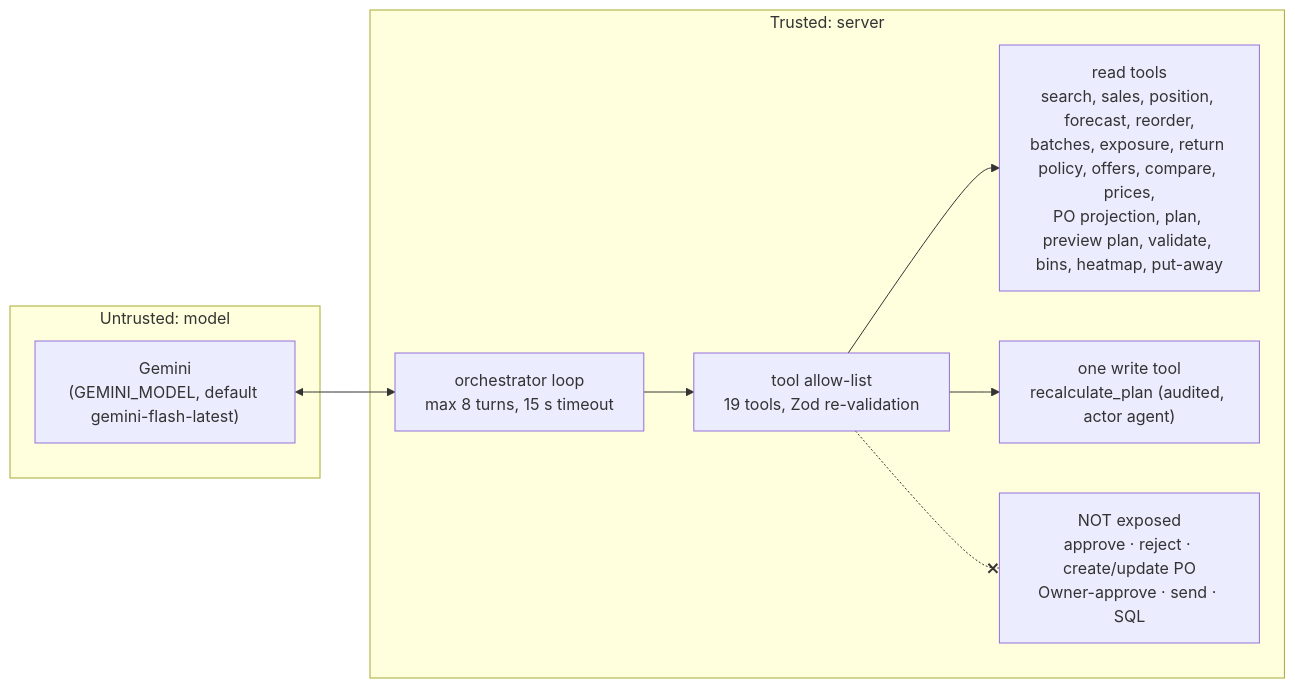
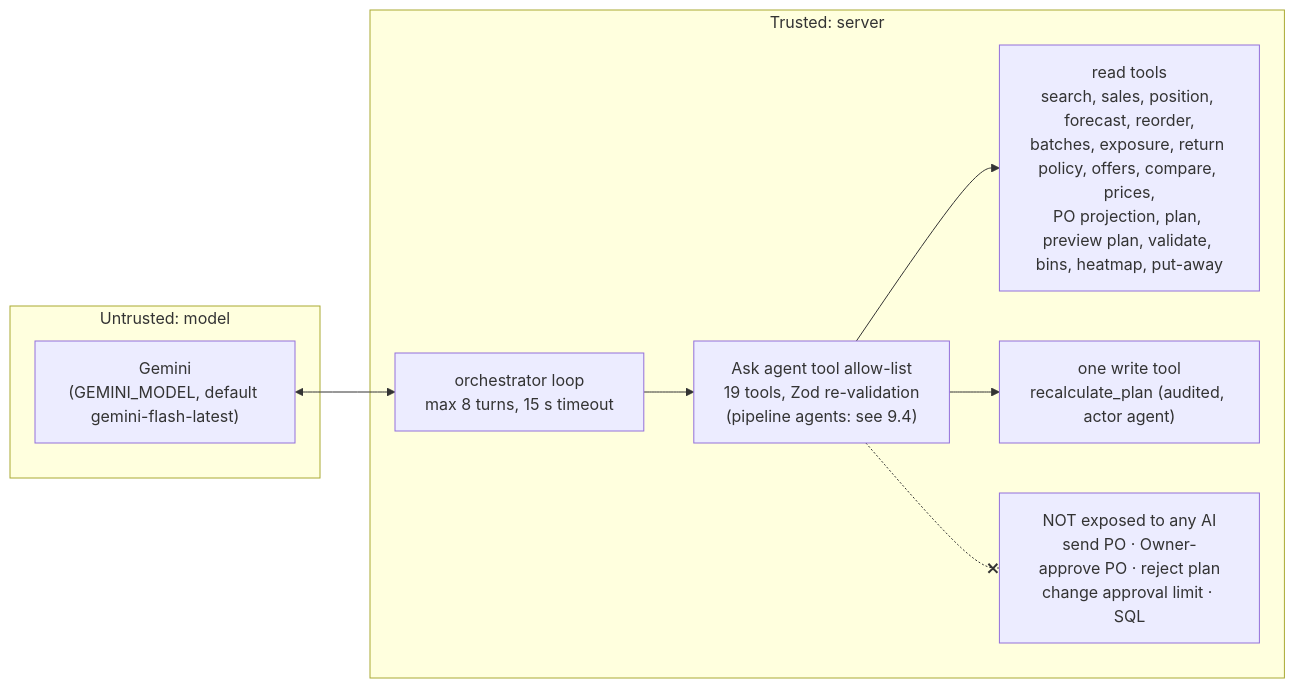
Before and after one commit to rushshah973/pharmaos: diagram 19 of 23 in architecture.md, drawn with Mermaid. The commit also changed other lines of this file and 6 other files, not shown here.

First line of the commit message:
docs: ML demand model and three-agent procurement pipeline

````diff
--- a/architecture.md
+++ b/architecture.md
@@ -549,18 +564,18 @@
 ```mermaid
 flowchart LR
     subgraph llm["Untrusted: model"]
         m["Gemini<br/>(GEMINI_MODEL, default gemini-flash-latest)"]
     end
     subgraph trusted["Trusted: server"]
         loop["orchestrator loop<br/>max 8 turns, 15 s timeout"]
-        allow["tool allow-list<br/>19 tools, Zod re-validation"]
+        allow["Ask agent tool allow-list<br/>19 tools, Zod re-validation<br/>(pipeline agents: see 9.4)"]
         ro["read tools<br/>search, sales, position, forecast, reorder,<br/>batches, exposure, return policy, offers, compare, prices,<br/>PO projection, plan, preview plan, validate, bins, heatmap, put-away"]
         rw["one write tool<br/>recalculate_plan (audited, actor agent)"]
-        none["NOT exposed<br/>approve · reject · create/update PO<br/>Owner-approve · send · SQL"]
+        none["NOT exposed to any AI<br/>send PO · Owner-approve PO · reject plan<br/>change approval limit · SQL"]
     end
     m <--> loop
     loop --> allow
     allow --> ro
     allow --> rw
     allow -.-x none
 ```
````
